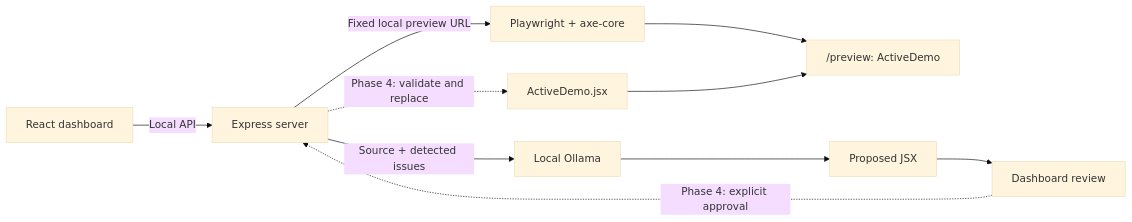
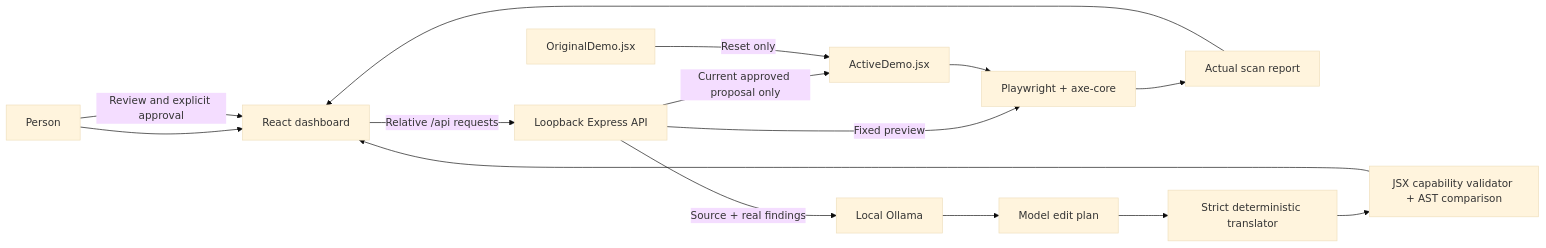
The diagram in docs/architecture.md (kanwar05/AccessFix-AI), drawn with Mermaid (base theme) before and after one commit. The commit also changed other lines of this file and 30 other files, not shown here.

````diff
--- a/docs/architecture.md
+++ b/docs/architecture.md
@@ -13,12 +7,17 @@
 ```mermaid
 flowchart LR
-  D[React dashboard] -->|Local API| E[Express server]
-  E -->|Fixed local preview URL| P[Playwright + axe-core]
-  P --> V["/preview: ActiveDemo"]
-  E -->|Source + detected issues| O[Local Ollama]
-  O --> C[Proposed JSX]
-  C --> R[Dashboard review]
-  R -.->|Phase 4: explicit approval| E
-  E -.->|Phase 4: validate and replace| F[ActiveDemo.jsx]
-  F --> V
+  U[Person] --> D[React dashboard]
+  D -->|Relative /api requests| E[Loopback Express API]
+  E -->|Fixed preview| P[Playwright + axe-core]
+  P --> R[Actual scan report]
+  E -->|Source + real findings| O[Local Ollama]
+  O --> J[Model edit plan]
+  J --> T[Strict deterministic translator]
+  T --> V[JSX capability validator + AST comparison]
+  V --> D
+  U -->|Review and explicit approval| D
+  E -->|Current approved proposal only| A[ActiveDemo.jsx]
+  A --> P
+  R --> D
+  F[OriginalDemo.jsx] -->|Reset only| A
 ```
````
